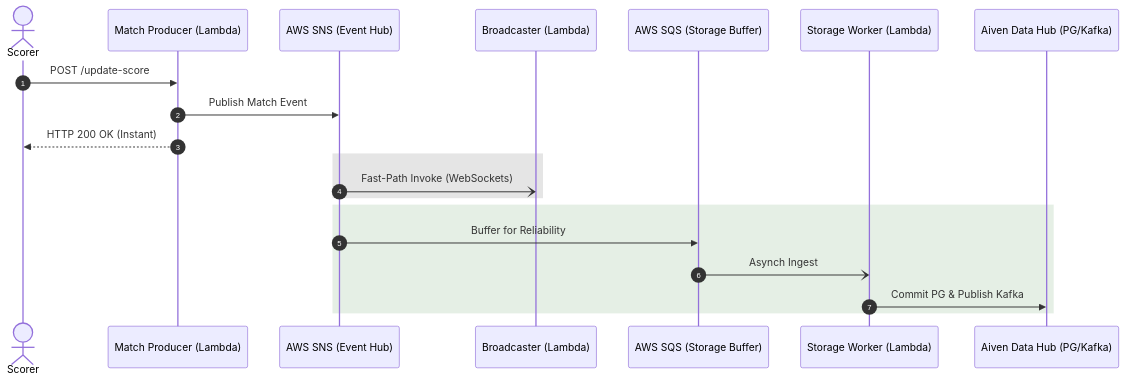
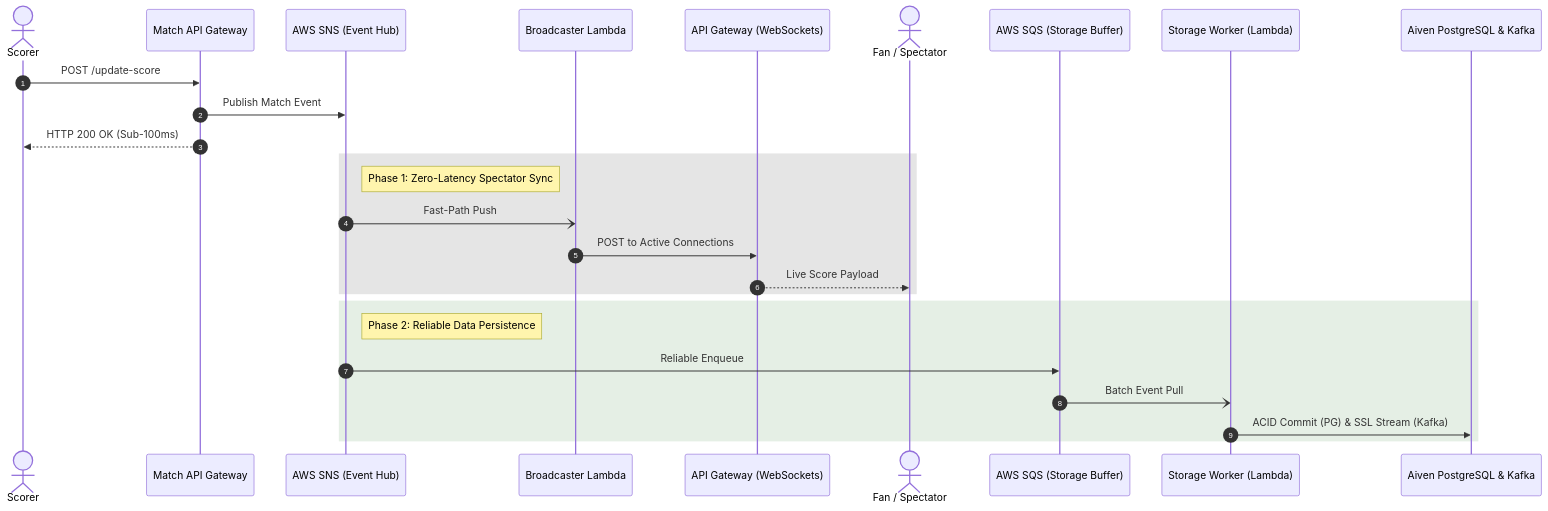
The third of 3 diagrams in docs/architecture.md (venkatesh-singamsetty/cric-score), drawn with Mermaid before and after one commit. The commit also changed other lines of this file and 6 other files, not shown here.

Commit message:
docs: finalize v2.0 fan-out architecture documentation, AWS SNS/SQS cost multipliers, and troubleshooting milestones

````diff
--- a/docs/architecture.md
+++ b/docs/architecture.md
@@ -29,25 +59,32 @@
 ```mermaid
 sequenceDiagram
     autonumber
     actor Scorer as Scorer
-    participant Producer as Match Producer (Lambda)
+    participant Producer as Match API Gateway
     participant SNS as AWS SNS (Event Hub)
-    participant Broadcaster as Broadcaster (Lambda)
+    participant Broadcaster as Broadcaster Lambda
+    participant APIGW_WS as API Gateway (WebSockets)
+    actor Viewer as Fan / Spectator
+    
     participant SQS as AWS SQS (Storage Buffer)
     participant Consumer as Storage Worker (Lambda)
-    participant Aiven_Hub as Aiven Data Hub (PG/Kafka)
+    participant Aiven_Hub as Aiven PostgreSQL & Kafka
 
     Scorer->>Producer: POST /update-score
     Producer->>SNS: Publish Match Event
-    Producer-->>Scorer: HTTP 200 OK (Instant)
+    Producer-->>Scorer: HTTP 200 OK (Sub-100ms)
     
     rect rgb(0, 0, 0, 0.1)
-        SNS-)Broadcaster: Fast-Path Invoke (WebSockets)
+        Note right of SNS: Phase 1: Zero-Latency Spectator Sync
+        SNS-)Broadcaster: Fast-Path Push
+        Broadcaster->>APIGW_WS: POST to Active Connections
+        APIGW_WS-->>Viewer: Live Score Payload
     end
     
     rect rgb(0, 100, 0, 0.1)
-        SNS->>SQS: Buffer for Reliability
-        SQS-)Consumer: Asynch Ingest
-        Consumer->>Aiven_Hub: Commit PG & Publish Kafka
+        Note right of SNS: Phase 2: Reliable Data Persistence
+        SNS->>SQS: Reliable Enqueue
+        SQS-)Consumer: Batch Event Pull
+        Consumer->>Aiven_Hub: ACID Commit (PG) & SSL Stream (Kafka)
     end
 ```
````
